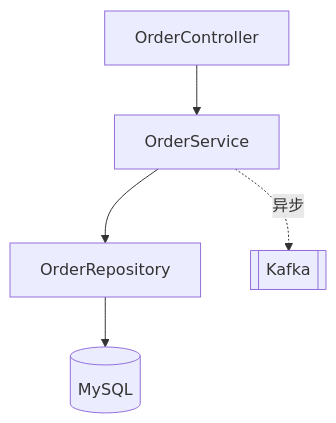
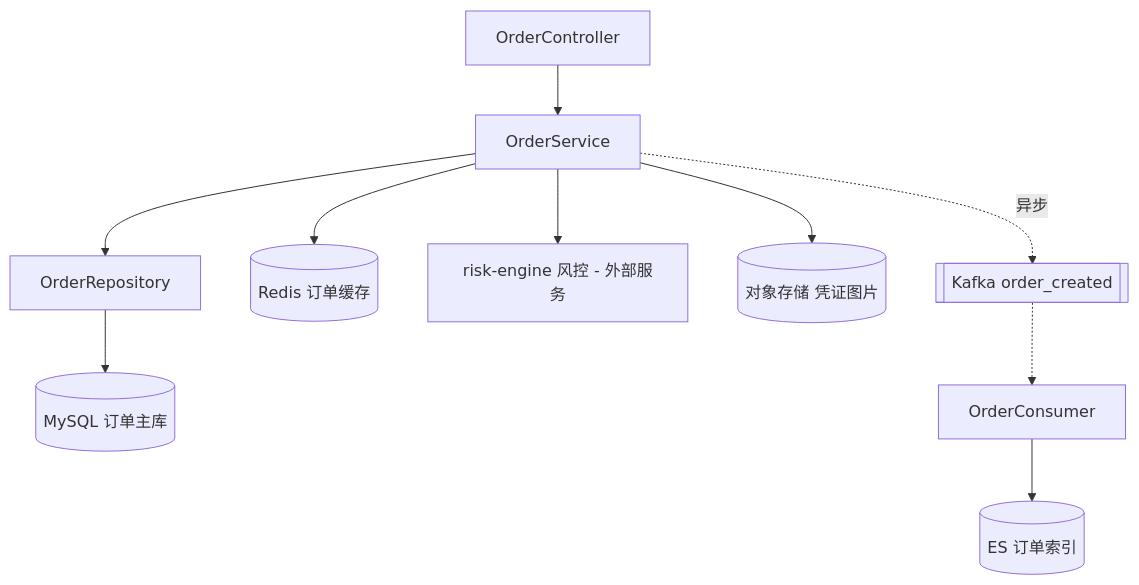
Before and after one commit to Muqian-Sun/agent-skills: the first of 3 diagrams in skills/explain-project/SKILL.md, drawn with Mermaid. The commit also changed other lines of this file, not shown here.

First line of the commit message:
feat(explain-project): 数据模型覆盖多存储，补多仓库代码地图，并消解范围/聚焦口径冲突

````diff
--- a/skills/explain-project/SKILL.md
+++ b/skills/explain-project/SKILL.md
@@ -300,6 +338,10 @@
 ```mermaid
 flowchart TB
     C[OrderController] --> S[OrderService]
-    S --> R[OrderRepository] --> DB[(MySQL)]
-    S -.异步.-> MQ[[Kafka]]
+    S --> R[OrderRepository] --> DB[(MySQL 订单主库)]
+    S --> Cache[(Redis 订单缓存)]
+    S --> Risk[risk-engine 风控 - 外部服务]
+    S --> OSS[(对象存储 凭证图片)]
+    S -.异步.-> MQ[[Kafka order_created]]
+    MQ -.-> Con[OrderConsumer] --> ES[(ES 订单索引)]
 ```
````
